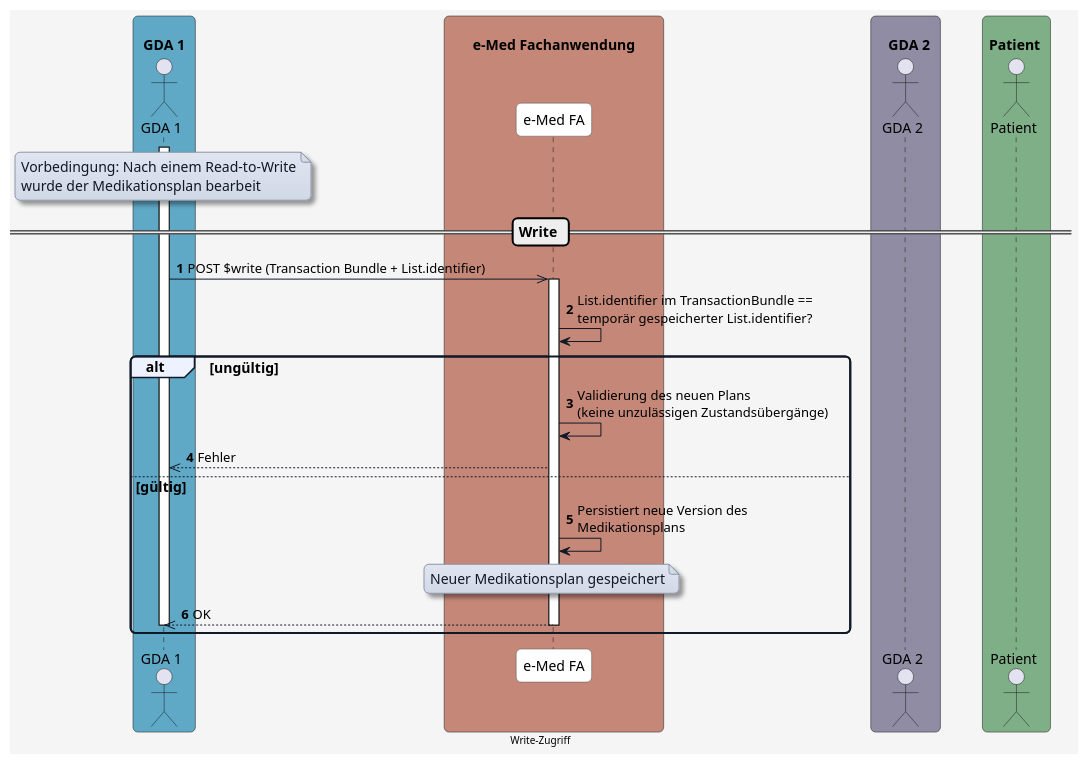
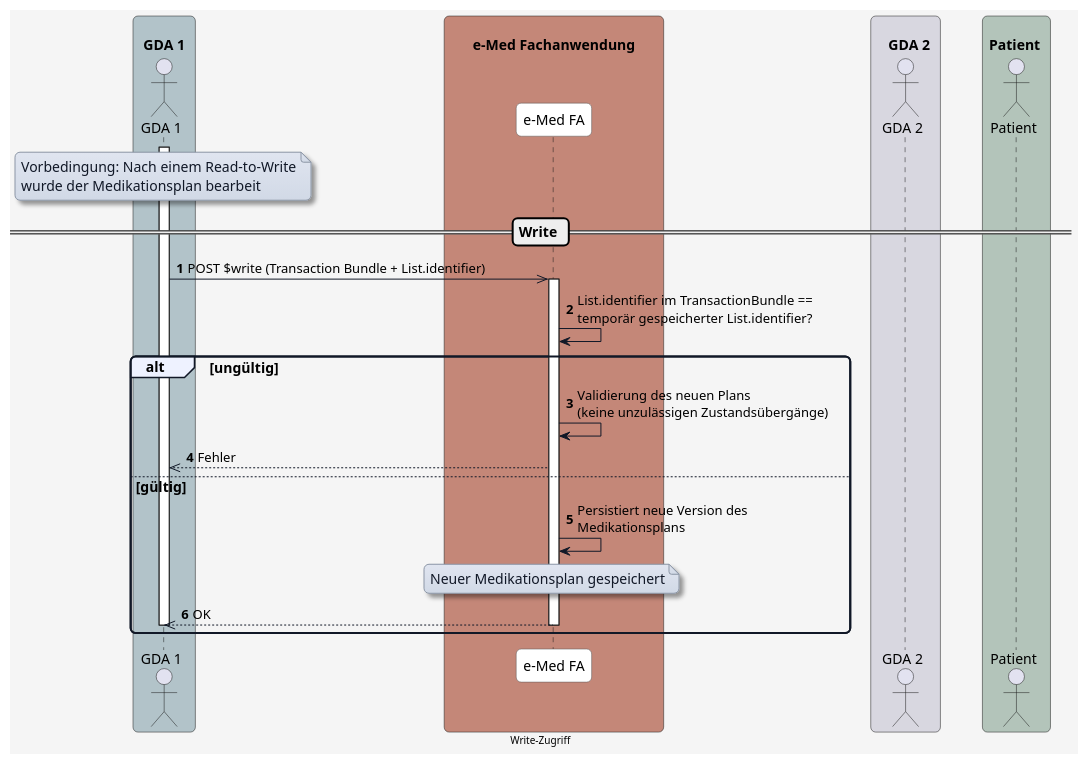
The diagram in input/images-source/diagram_write.plantuml (HL7Austria/ELGA-e-Medikation-R4), drawn with PlantUML before and after one commit. The commit also changed 9 other files, not shown here.

```diff
--- a/input/images-source/diagram_write.plantuml
+++ b/input/images-source/diagram_write.plantuml
@@ -1,93 +1,93 @@
 @startuml
 skinparam borderColor #000000
 skinparam backgroundColor #f5f5f5
 skinparam shadowing false
 skinparam roundCorner 10
 skinparam defaultFontName "Arial"
 skinparam defaultFontSize 14
 skinparam defaultFontColor #000000
 
 skinparam note {
   BackgroundColor #e0e5f0-#d1d9e6
   BorderColor #8b95a5
   BorderThickness 1
   RoundCorner 8
   Padding 6
   FontColor #111827
   Shadowing true
 }
 
 skinparam HyperlinkColor #0000EE
 skinparam HyperlinkUnderline false
 
 skinparam sequence {
   ParticipantBorderColor #555555
   ParticipantBackgroundColor #ffffff
   ParticipantFontColor #000000
   ParticipantFontSize 14
   ParticipantPadding 20
   ArrowColor #111827
   ArrowThickness 1
   ArrowFontColor #000000
   ArrowFontSize 13
   GroupBorderColor #111827
   GroupBackgroundColor #eef2ff
   GroupBorderThickness 2
 }
 
 skinparam BoxPadding 20
 skinparam BoxBorderColor #555555
 
-box "\n  GDA 1  " #5FA8C6
+box "\n  GDA 1  " #b2c3c9
   actor GDA_1 as "GDA 1"
 end box
 
 box "\n       e-Med Fachanwendung       " #C48778
   participant eMed_FA as "e-Med FA"
 end box
 
-box "\n    GDA 2  " #8F8CA3
+box "\n    GDA 2  " #D8D7E0
   actor GDA_2 as "GDA 2"
 end box
 
-box "\n Patient  " #7FAF87
+box "\n Patient  " #b3c4ba
   actor Patient as "Patient"
 end box
 
 
 autonumber
 
 activate GDA_1
 
 note over GDA_1
 Vorbedingung: Nach einem Read-to-Write
 wurde der Medikationsplan bearbeit
 end note
 
 == Write ==
 
 GDA_1 ->> eMed_FA: POST $write (Transaction Bundle + List.identifier)
 
 activate eMed_FA
 eMed_FA -> eMed_FA: List.identifier im TransactionBundle ==\ntemporär gespeicherter List.identifier?
 
 alt ungültig 
   eMed_FA -> eMed_FA: Validierung des neuen Plans\n(keine unzulässigen Zustandsübergänge)
   eMed_FA -->> GDA_1: Fehler 
   
 else gültig 
   eMed_FA -> eMed_FA: Persistiert neue Version des\nMedikationsplans
 
   note over eMed_FA
   Neuer Medikationsplan gespeichert
   end note
 
   eMed_FA -->> GDA_1: OK
   deactivate GDA_1
   deactivate eMed_FA
 end
 
 center footer Write-Zugriff
 
 
 @enduml
```
